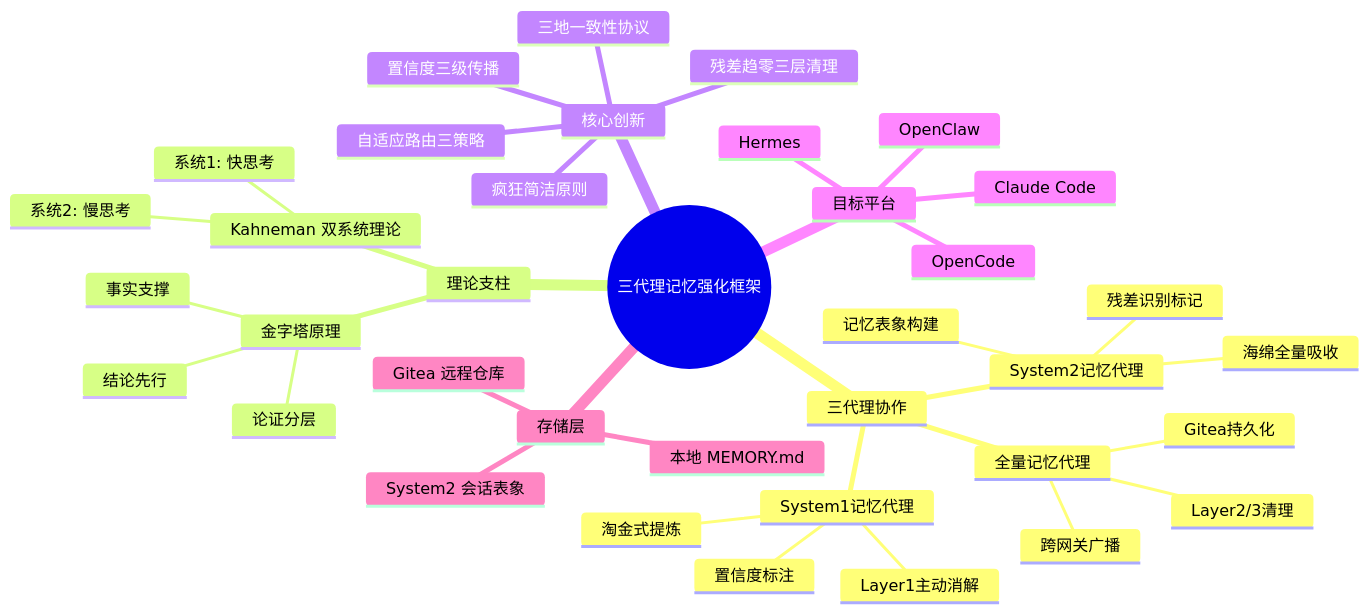
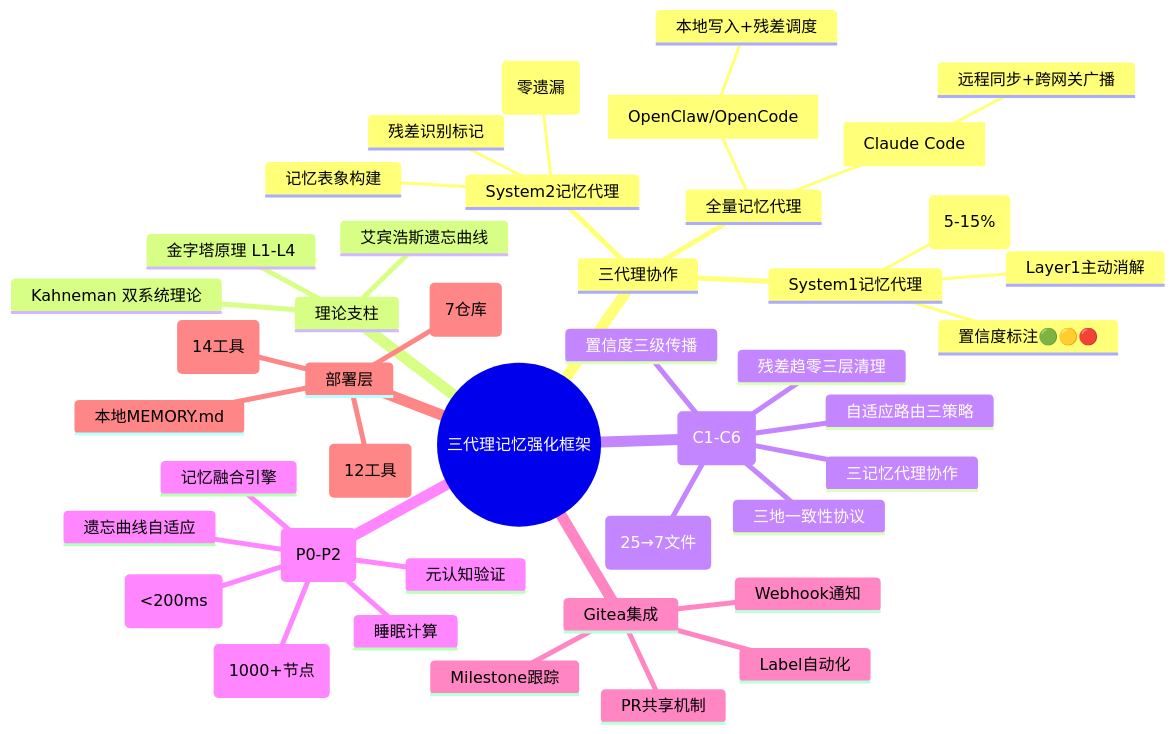
One commit to zjdyzww/multi-claw-subagents-memory-plugins changed the first of 30 diagrams in docs/系统设计文档_含Mermaid图表.md. Above: the diagram before and after it, drawn with Mermaid. The commit also changed other lines of this file, not shown here.

First line of the commit message:
[CONFIRMED][openclaw][decision] system design doc v3.1: Client/Server dual-mode + Gitea integration

````diff
--- a/docs/系统设计文档_含Mermaid图表.md
+++ b/docs/系统设计文档_含Mermaid图表.md
@@ -26,40 +27,46 @@
 ```mermaid
 mindmap
   root((三代理记忆强化框架))
     三代理协作
       System2记忆代理
-        海绵全量吸收
+        海绵全量吸收(零遗漏)
         记忆表象构建
         残差识别标记
       System1记忆代理
-        淘金式提炼
-        置信度标注
+        淘金式提炼(5-15%)
+        置信度标注🟢🟡🔴
         Layer1主动消解
       全量记忆代理
-        Gitea持久化
-        Layer2/3清理
-        跨网关广播
+        Client模式[OpenClaw/OpenCode]
+          本地写入+残差调度
+        Server模式[Claude Code]
+          远程同步+跨网关广播
     理论支柱
       Kahneman 双系统理论
-        系统1: 快思考
-        系统2: 慢思考
-      金字塔原理
-        结论先行
-        论证分层
-        事实支撑
-    核心创新
+      金字塔原理 L1-L4
+      艾宾浩斯遗忘曲线
+    核心创新(C1-C6)
       残差趋零三层清理
       自适应路由三策略
       置信度三级传播
       三地一致性协议
-      疯狂简洁原则
-    目标平台
-      OpenClaw
-      Hermes
-      Claude Code
-      OpenCode
-    存储层
-      本地 MEMORY.md
-      Gitea 远程仓库
-      System2 会话表象
+      疯狂简洁原则(25→7文件)
+      三记忆代理协作
+    高级特性(P0-P2)
+      向量语义检索(<200ms)
+      图结构建模(1000+节点)
+      遗忘曲线自适应
+      记忆融合引擎
+      睡眠计算
+      元认知验证
+    Gitea集成
+      Label自动化
+      PR共享机制
+      Milestone跟踪
+      Webhook通知
+    部署层
+      OpenClaw插件(12工具)
+      OpenCode MCP(14工具)
+      本地MEMORY.md
+      Gitea远程(7仓库)
 ```
````
